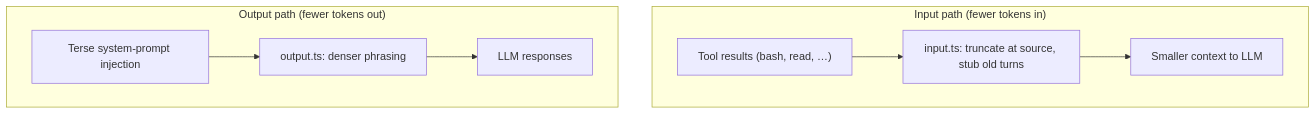
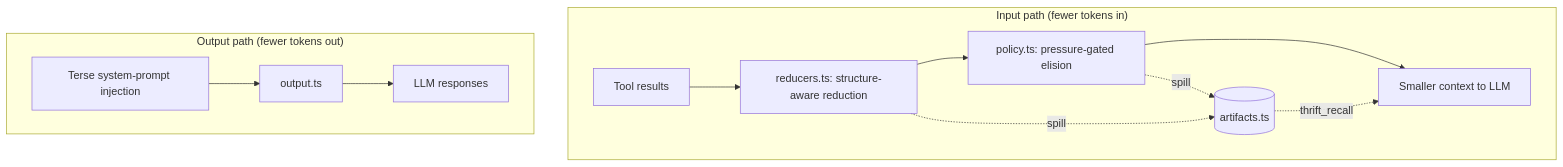
The diagram in packages/pi-thrift/README.md (cshirley/accord), drawn with Mermaid before and after one commit. The commit also changed other lines of this file and 15 other files, not shown here.

First line of the commit message:
[REFACTOR] Rework thrift so every elision stays recoverable (#5)

````diff
--- a/packages/pi-thrift/README.md
+++ b/packages/pi-thrift/README.md
@@ -10,11 +13,16 @@
 ```mermaid
 flowchart TB
   subgraph inPath["Input path (fewer tokens in)"]
     direction LR
-    TR["Tool results (bash, read, …)"] --> IN["input.ts: truncate at source, stub old turns"] --> CTX["Smaller context to LLM"]
+    TR["Tool results"] --> RED["reducers.ts: structure-aware reduction"]
+    RED --> POL["policy.ts: pressure-gated elision"]
+    POL --> CTX["Smaller context to LLM"]
+    RED -.spill.-> ART[("artifacts.ts")]
+    POL -.spill.-> ART
+    ART -.thrift_recall.-> CTX
   end
   subgraph outPath["Output path (fewer tokens out)"]
     direction LR
-    INJ["Terse system-prompt injection"] --> OUT["output.ts: denser phrasing"] --> RESP["LLM responses"]
+    INJ["Terse system-prompt injection"] --> OUT["output.ts"] --> RESP["LLM responses"]
   end
 ```
````
